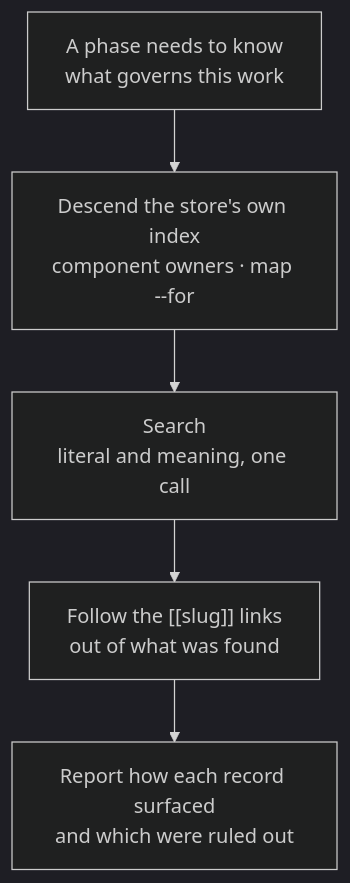
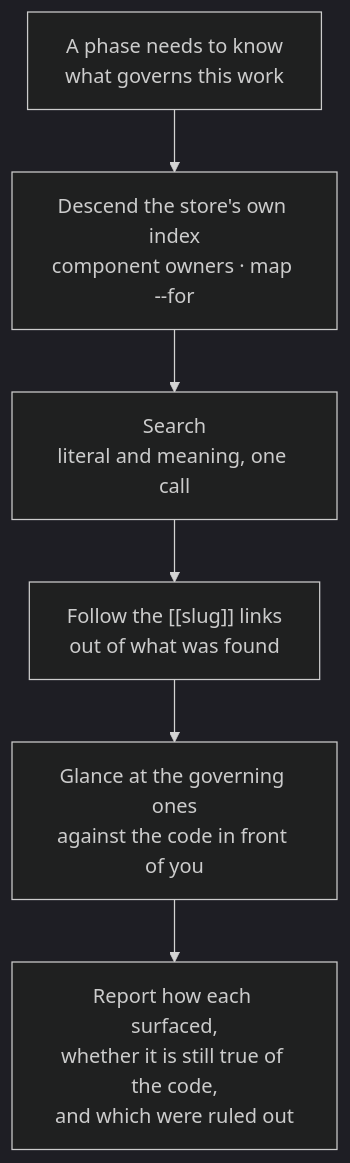
Before and after one commit to franwerner/gentle-ai: the third of 3 diagrams in docs/openrecord.md, drawn with Mermaid (dark theme). The commit also changed other lines of this file and 3 other files, not shown here.

````diff
--- a/docs/openrecord.md
+++ b/docs/openrecord.md
@@ -67,7 +74,8 @@
 ```mermaid
 flowchart TD
     A["A phase needs to know<br/>what governs this work"] --> B["Descend the store's own index<br/>component owners · map --for"]
     B --> C["Search<br/>literal and meaning, one call"]
     C --> D["Follow the [[slug]] links<br/>out of what was found"]
-    D --> E["Report how each record surfaced<br/>and which were ruled out"]
+    D --> E["Glance at the governing ones<br/>against the code in front of you"]
+    E --> F["Report how each surfaced,<br/>whether it is still true of the code,<br/>and which were ruled out"]
 ```
````
